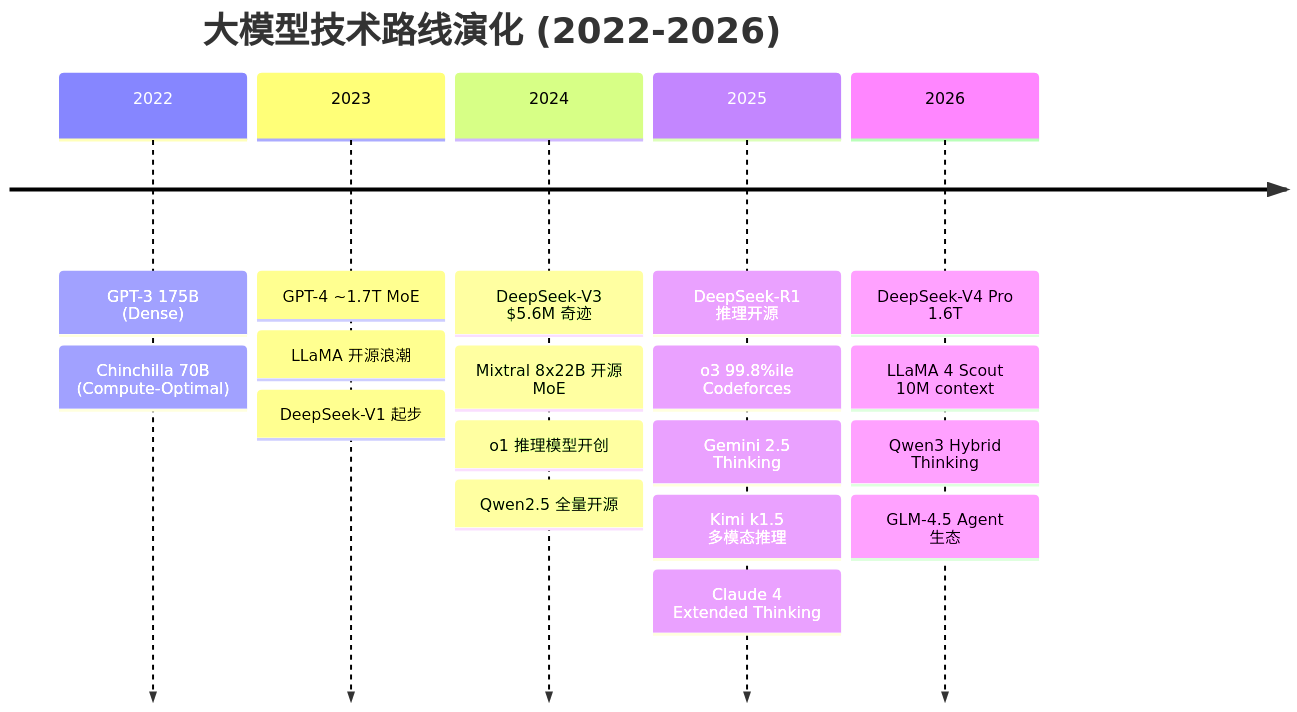
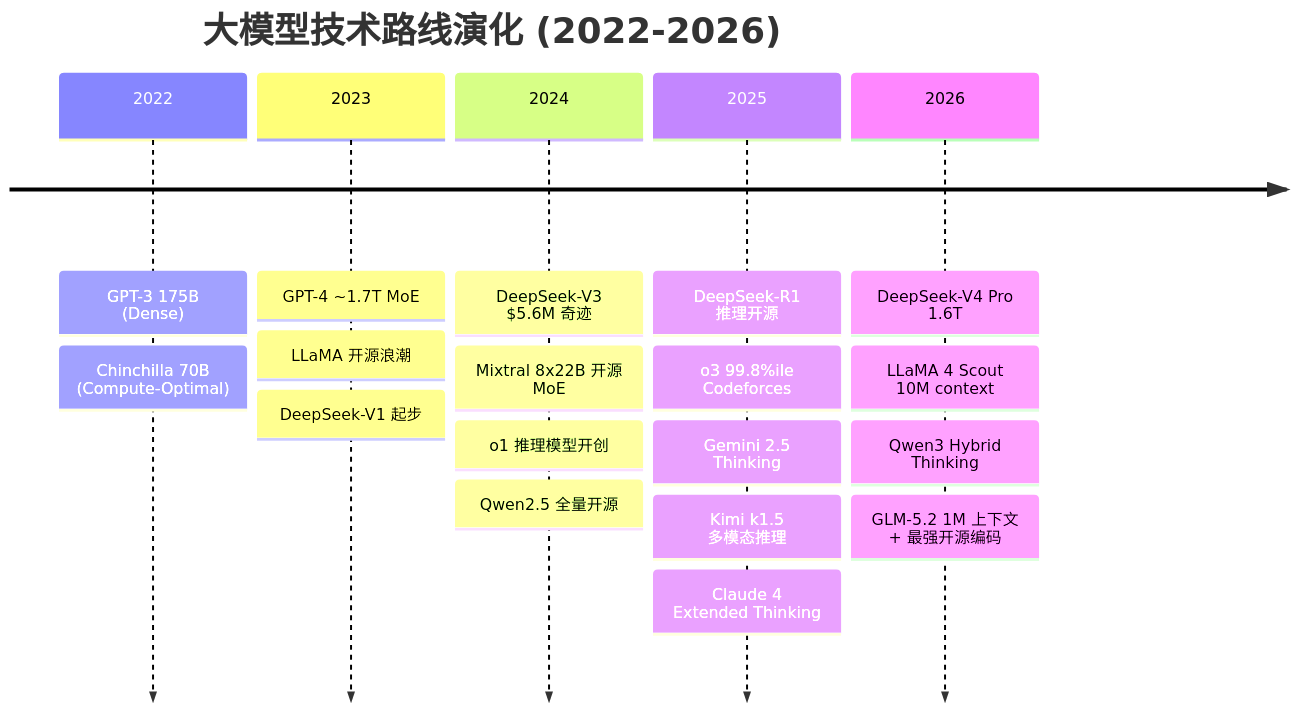
The second of 9 diagrams in synthesis/Chinese_vs_Global_LLM_Comparison.md (CloudManHQ/CloudMaster), drawn with Mermaid before and after one commit. The commit also changed other lines of this file and 21 other files, not shown here.

````diff
--- a/synthesis/Chinese_vs_Global_LLM_Comparison.md
+++ b/synthesis/Chinese_vs_Global_LLM_Comparison.md
@@ -70,22 +70,22 @@
 ```mermaid
 timeline
     title 大模型技术路线演化 (2022-2026)
     2022 : GPT-3 175B (Dense)
          : Chinchilla 70B (Compute-Optimal)
     2023 : GPT-4 ~1.7T MoE
          : LLaMA 开源浪潮
          : DeepSeek-V1 起步
     2024 : DeepSeek-V3 $5.6M 奇迹
          : Mixtral 8x22B 开源 MoE
          : o1 推理模型开创
          : Qwen2.5 全量开源
     2025 : DeepSeek-R1 推理开源
          : o3 99.8%ile Codeforces
          : Gemini 2.5 Thinking
          : Kimi k1.5 多模态推理
          : Claude 4 Extended Thinking
     2026 : DeepSeek-V4 Pro 1.6T
          : LLaMA 4 Scout 10M context
          : Qwen3 Hybrid Thinking
-         : GLM-4.5 Agent 生态
+          : GLM-5.2 1M 上下文 + 最强开源编码
 ```
````
